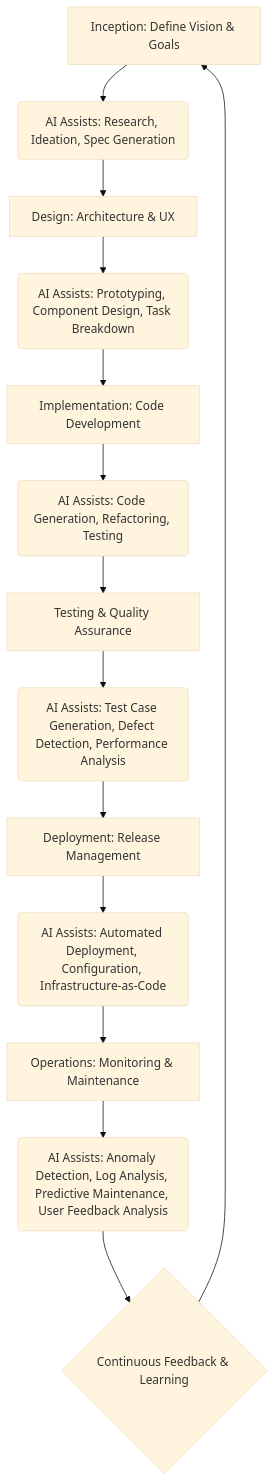
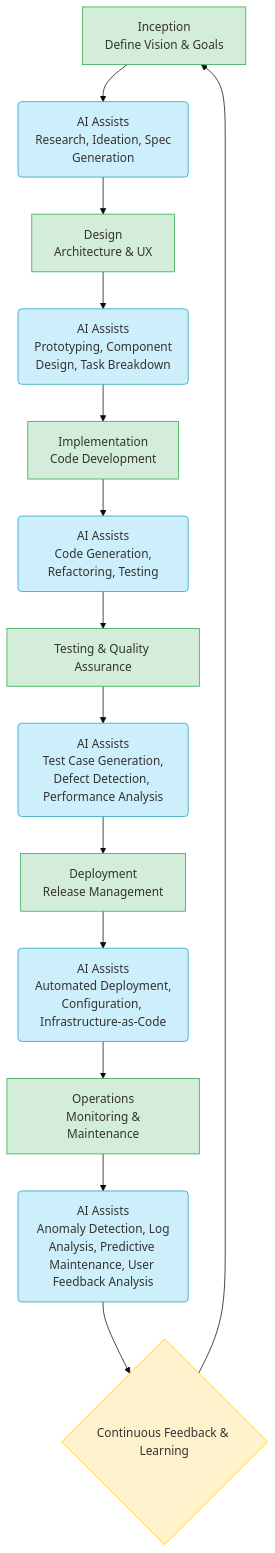
One commit to dittohpc/AI-DLC changed the first of 2 diagrams in README.md. Above: the diagram before and after it, drawn with Mermaid (base theme).

````diff
--- a/README.md
+++ b/README.md
@@ -40,16 +40,32 @@
 ```mermaid
 graph TD
-    A[Inception: Define Vision & Goals] --> B(AI Assists: Research, Ideation, Spec Generation);
-    B --> C[Design: Architecture & UX];
-    C --> D(AI Assists: Prototyping, Component Design, Task Breakdown);
-    D --> E[Implementation: Code Development];
-    E --> F(AI Assists: Code Generation, Refactoring, Testing);
+    A[Inception<br> Define Vision & Goals] --> B(AI Assists<br> Research, Ideation, Spec Generation);
+    B --> C[Design<br> Architecture & UX];
+    C --> D(AI Assists<br> Prototyping, Component Design, Task Breakdown);
+    D --> E[Implementation<br> Code Development];
+    E --> F(AI Assists<br> Code Generation, Refactoring, Testing);
     F --> G[Testing & Quality Assurance];
-    G --> H(AI Assists: Test Case Generation, Defect Detection, Performance Analysis);
-    H --> I[Deployment: Release Management];
-    I --> J(AI Assists: Automated Deployment, Configuration, Infrastructure-as-Code);
-    J --> K[Operations: Monitoring & Maintenance];
-    K --> L(AI Assists: Anomaly Detection, Log Analysis, Predictive Maintenance, User Feedback Analysis);
+    G --> H(AI Assists<br> Test Case Generation, Defect Detection, Performance Analysis);
+    H --> I[Deployment<br> Release Management];
+    I --> J(AI Assists<br> Automated Deployment, Configuration, Infrastructure-as-Code);
+    J --> K[Operations<br> Monitoring & Maintenance];
+    K --> L(AI Assists<br> Anomaly Detection, Log Analysis, Predictive Maintenance, User Feedback Analysis);
     L --> M{Continuous Feedback & Learning};
     M --> A;
+
+    %% Styles for individual nodes (colored boxes)
+    style A fill:#D4EDDA, stroke:#28A745, color:#212529 %% Light Green
+    style B fill:#CDEFFB, stroke:#17A2B8, color:#212529 %% Light Cyan
+    style C fill:#D4EDDA, stroke:#28A745, color:#212529 %% Light Green
+    style D fill:#CDEFFB, stroke:#17A2B8, color:#212529 %% Light Cyan
+    style E fill:#D4EDDA, stroke:#28A745, color:#212529 %% Light Green
+    style F fill:#CDEFFB, stroke:#17A2B8, color:#212529 %% Light Cyan
+    style G fill:#D4EDDA, stroke:#28A745, color:#212529 %% Light Green
+    style H fill:#CDEFFB, stroke:#17A2B8, color:#212529 %% Light Cyan
+    style I fill:#D4EDDA, stroke:#28A745, color:#212529 %% Light Green
+    style J fill:#CDEFFB, stroke:#17A2B8, color:#212529 %% Light Cyan
+    style K fill:#D4EDDA, stroke:#28A745, color:#212529 %% Light Green
+    style L fill:#CDEFFB, stroke:#17A2B8, color:#212529 %% Light Cyan
+    style M fill:#FFF3CD, stroke:#FFC107, color:#212529 %% Light Yellow 
+    
 ```
````
